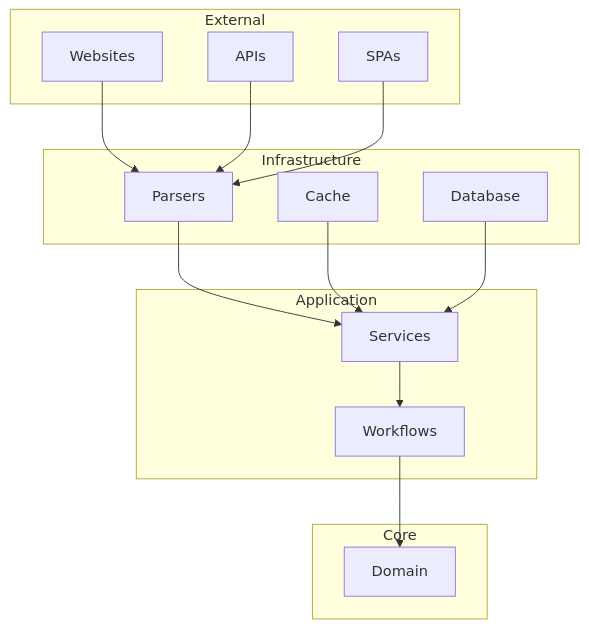
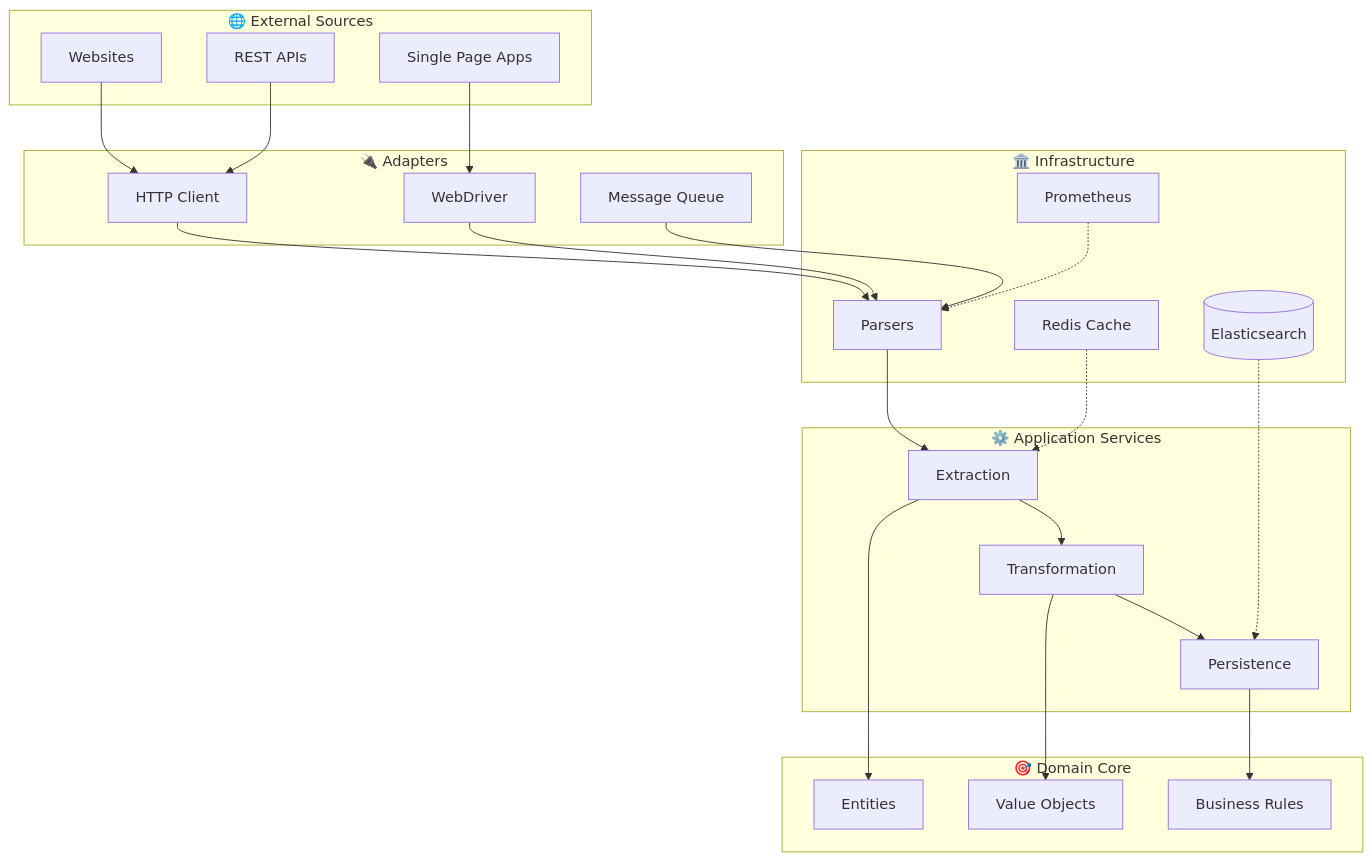
One commit to TensorScholar/data-acquisition-framework changed the diagram in README.md. Above: the diagram before and after it, drawn with Mermaid.

Commit message:
docs: Create proper clean architecture diagram
- Shows actual clean architecture layers with proper detail
- Includes adapters, infrastructure, application services, and domain core
- Uses solid arrows for main flow and dotted arrows for dependencies
- Professional and informative without being cluttered
- Reflects the real system architecture accurately

````diff
--- a/README.md
+++ b/README.md
@@ -12,32 +12,53 @@
 ```mermaid
 graph TB
-    subgraph "External"
-        A[Websites]
-        B[APIs]
-        C[SPAs]
+    subgraph "🌐 External Sources"
+        WEB[Websites]
+        API[REST APIs]
+        SPA[Single Page Apps]
     end
     
-    subgraph "Infrastructure"
-        D[Parsers]
-        E[Cache]
-        F[Database]
+    subgraph "🔌 Adapters"
+        HTTP[HTTP Client]
+        SEL[WebDriver]
+        QUEUE[Message Queue]
     end
     
-    subgraph "Application"
-        G[Services]
-        H[Workflows]
+    subgraph "🏛️ Infrastructure"
+        PARSE[Parsers]
+        CACHE[Redis Cache]
+        DB[(Elasticsearch)]
+        MONITOR[Prometheus]
     end
     
-    subgraph "Core"
-        I[Domain]
+    subgraph "⚙️ Application Services"
+        EXTRACT[Extraction]
+        TRANSFORM[Transformation]
+        PERSIST[Persistence]
     end
     
-    A --> D
-    B --> D
-    C --> D
-    D --> G
-    G --> H
-    H --> I
-    E --> G
-    F --> G
+    subgraph "🎯 Domain Core"
+        ENTITIES[Entities]
+        VALUE_OBJ[Value Objects]
+        SPECS[Business Rules]
+    end
+    
+    WEB --> HTTP
+    API --> HTTP
+    SPA --> SEL
+    
+    HTTP --> PARSE
+    SEL --> PARSE
+    QUEUE --> PARSE
+    
+    PARSE --> EXTRACT
+    EXTRACT --> TRANSFORM
+    TRANSFORM --> PERSIST
+    
+    EXTRACT --> ENTITIES
+    TRANSFORM --> VALUE_OBJ
+    PERSIST --> SPECS
+    
+    CACHE -.-> EXTRACT
+    DB -.-> PERSIST
+    MONITOR -.-> PARSE
 ```
````
